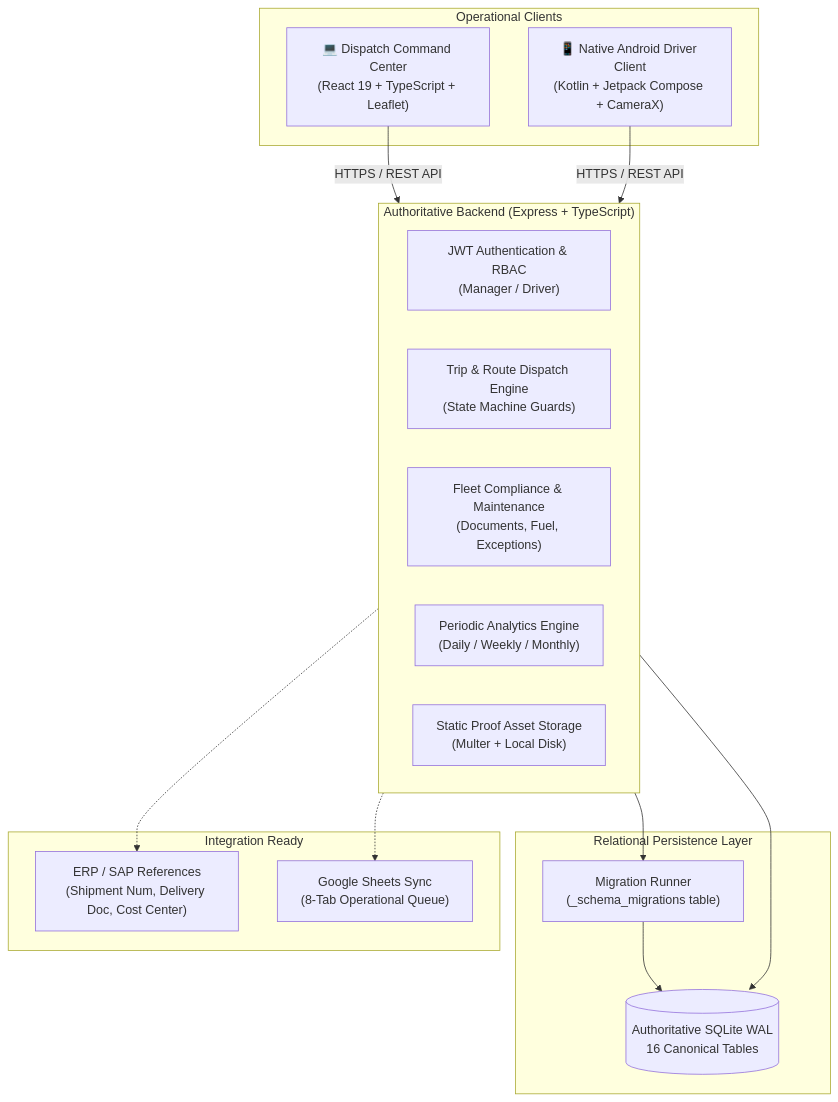
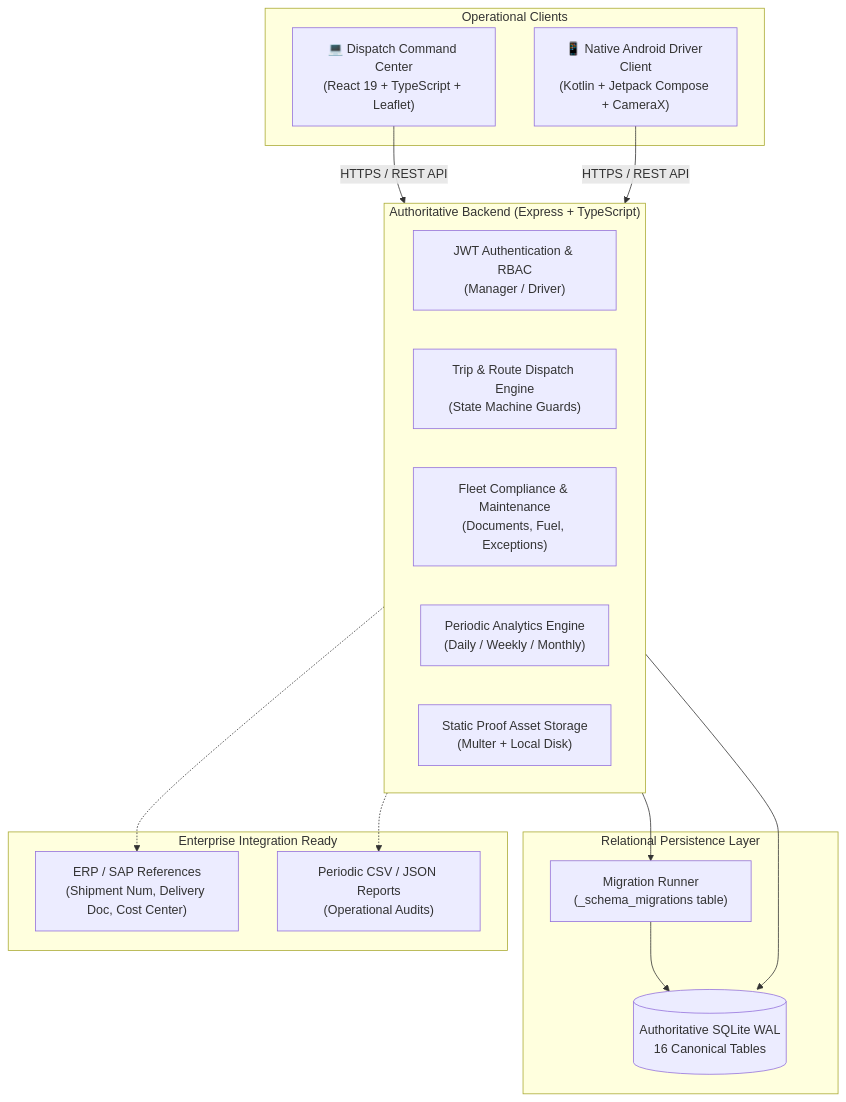
The first of 2 diagrams in README.md (Nixxzzzzz/truck_tracker), drawn with Mermaid before and after one commit. The commit also changed other lines of this file and 11 other files, not shown here.

````diff
--- a/README.md
+++ b/README.md
@@ -31,33 +31,33 @@
 ```mermaid
 graph TD
     subgraph Clients["Operational Clients"]
         Web["💻 Dispatch Command Center<br/>(React 19 + TypeScript + Leaflet)"]
         Mobile["📱 Native Android Driver Client<br/>(Kotlin + Jetpack Compose + CameraX)"]
     end
 
     subgraph API["Authoritative Backend (Express + TypeScript)"]
         Auth["JWT Authentication & RBAC<br/>(Manager / Driver)"]
         Dispatch["Trip & Route Dispatch Engine<br/>(State Machine Guards)"]
         Fleet["Fleet Compliance & Maintenance<br/>(Documents, Fuel, Exceptions)"]
         Reports["Periodic Analytics Engine<br/>(Daily / Weekly / Monthly)"]
         Uploads["Static Proof Asset Storage<br/>(Multer + Local Disk)"]
     end
 
     subgraph DB["Relational Persistence Layer"]
         Migrations["Migration Runner<br/>(_schema_migrations table)"]
         SQLite[("Authoritative SQLite WAL<br/>16 Canonical Tables")]
     end
 
-    subgraph External["Integration Ready"]
+    subgraph External["Enterprise Integration Ready"]
         ERP["ERP / SAP References<br/>(Shipment Num, Delivery Doc, Cost Center)"]
-        Sheets["Google Sheets Sync<br/>(8-Tab Operational Queue)"]
+        Exports["Periodic CSV / JSON Reports<br/>(Operational Audits)"]
     end
 
     Web -->|HTTPS / REST API| API
     Mobile -->|HTTPS / REST API| API
     API --> Migrations
     Migrations --> SQLite
     API --> SQLite
     API -.-> ERP
-    API -.-> Sheets
+    API -.-> Exports
 ```
````
